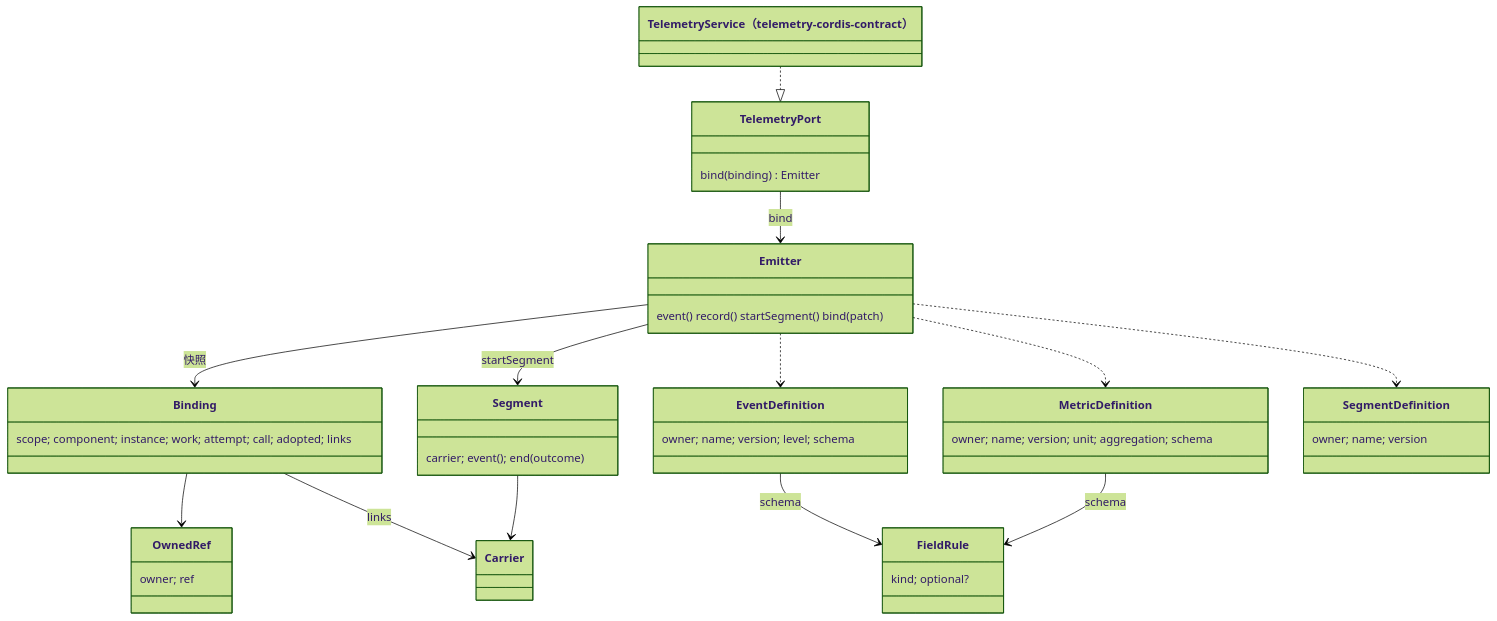
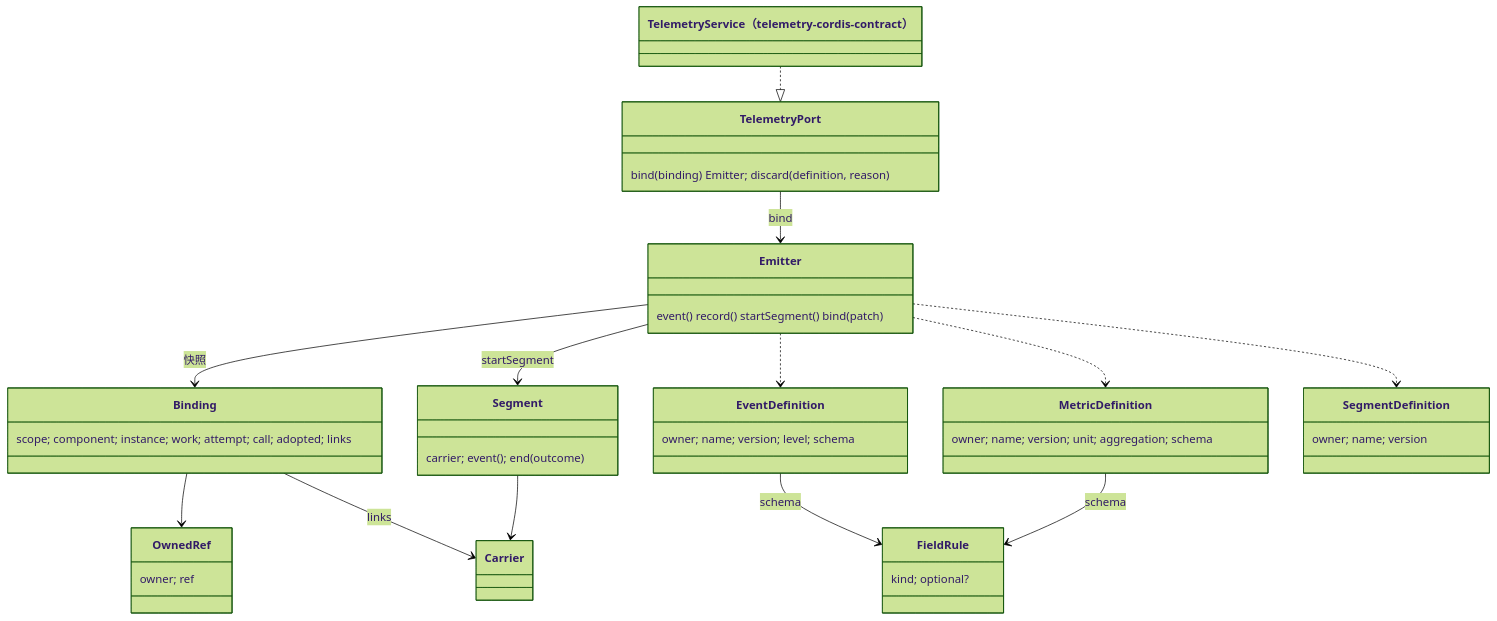
Before and after one commit to nemori-ai/omne-harness-lite: the diagram in packages/telemetry/telemetry-contract/docs/object-model.md, drawn with Mermaid (forest theme). The commit also changed other lines of this file and 69 other files, not shown here.

````diff
--- a/packages/telemetry/telemetry-contract/docs/object-model.md
+++ b/packages/telemetry/telemetry-contract/docs/object-model.md
@@ -7,25 +7,25 @@
 ```mermaid
 classDiagram
-  class TelemetryPort { bind(binding) Emitter }
+  class TelemetryPort { bind(binding) Emitter; discard(definition, reason) }
   class Emitter { event() record() startSegment() bind(patch) }
   class Segment { carrier; event(); end(outcome) }
   class Binding { scope; component; instance; work; attempt; call; adopted; links }
   class OwnedRef { owner; ref }
   class FieldRule { kind; optional? }
   class EventDefinition { owner; name; version; level; schema }
   class MetricDefinition { owner; name; version; unit; aggregation; schema }
   class SegmentDefinition { owner; name; version }
   class TelemetryService["TelemetryService（telemetry-cordis-contract）"]
   TelemetryService ..|> TelemetryPort
   TelemetryPort --> Emitter : bind
   Emitter --> Binding : 快照
   Emitter --> Segment : startSegment
   Binding --> OwnedRef
   Binding --> Carrier : links
   Segment --> Carrier
   EventDefinition --> FieldRule : schema
   MetricDefinition --> FieldRule : schema
   Emitter ..> EventDefinition
   Emitter ..> MetricDefinition
   Emitter ..> SegmentDefinition
 ```
````
